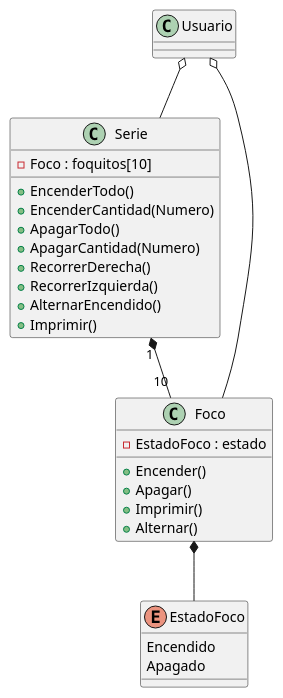
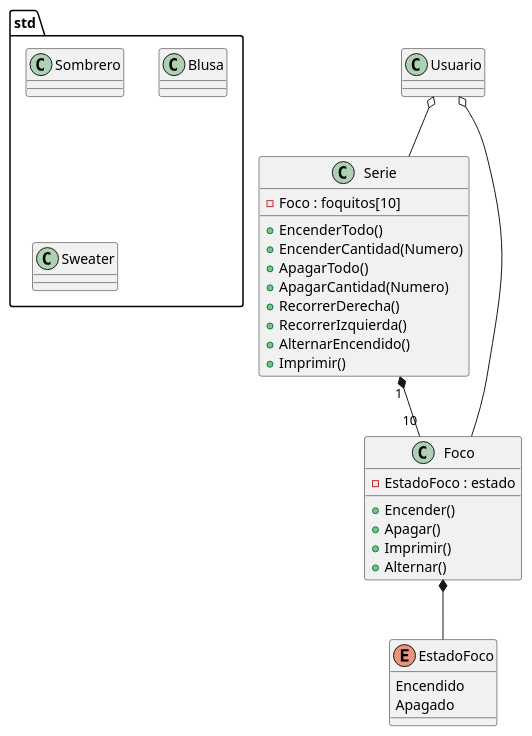
Before and after one commit to navarroceti/programacion-3E251: the diagram in diagrama.puml, drawn with PlantUML. The commit also changed 3 other files, not shown here.

```diff
--- a/diagrama.puml
+++ b/diagrama.puml
@@ -1,32 +1,38 @@
 @startuml diagrama
+
+package std{
+    class Sombrero
+    class Blusa
+    class Sweater
+}
 
 class Usuario
 class Serie{
     - Foco : foquitos[10]
     + EncenderTodo()
     + EncenderCantidad(Numero)
     + ApagarTodo()
     + ApagarCantidad(Numero)
     + RecorrerDerecha()
     + RecorrerIzquierda()
     + AlternarEncendido()
     + Imprimir()
 }
 class Foco{
     - EstadoFoco : estado
     + Encender()
     + Apagar()
     + Imprimir()
     + Alternar()
 }
 enum EstadoFoco{
     Encendido
     Apagado
 }
 
 Foco *-- EstadoFoco
 Foco --o Usuario
 Serie "1" *-- "10" Foco
 Usuario o-- Serie
 
 @enduml
```
